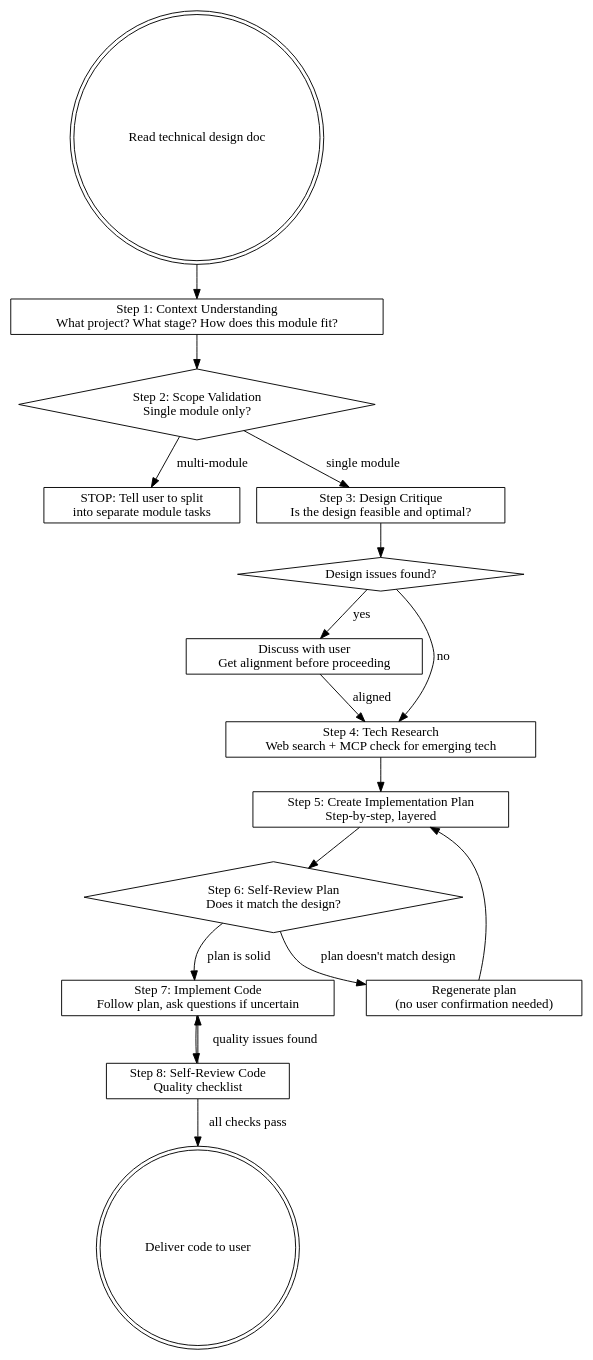
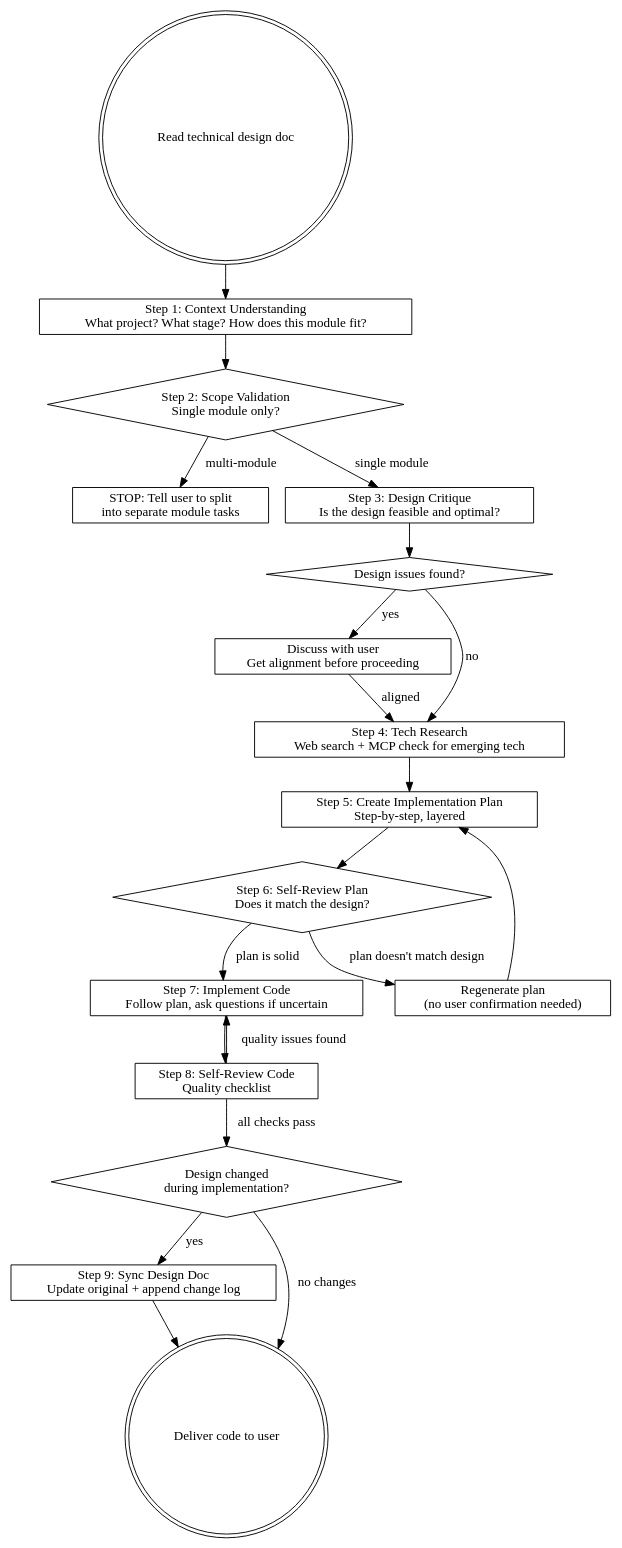
The diagram in code-implementer/SKILL.md (ithkeen/ithkeen-skills), drawn with Graphviz before and after one commit. The commit also changed other lines of this file, not shown here.

First line of the commit message:
feat: add Step 9 to code-implementer for syncing design doc after implementation

````diff
--- a/code-implementer/SKILL.md
+++ b/code-implementer/SKILL.md
@@ -41,38 +41,43 @@
 ```dot
 digraph code_implementer {
     rankdir=TB;
     node [shape=box];
 
     start [label="Read technical design doc" shape=doublecircle];
     context [label="Step 1: Context Understanding\nWhat project? What stage? How does this module fit?"];
     scope [label="Step 2: Scope Validation\nSingle module only?" shape=diamond];
     reject [label="STOP: Tell user to split\ninto separate module tasks"];
     critique [label="Step 3: Design Critique\nIs the design feasible and optimal?"];
     issue [label="Design issues found?" shape=diamond];
     discuss [label="Discuss with user\nGet alignment before proceeding"];
     research [label="Step 4: Tech Research\nWeb search + MCP check for emerging tech"];
     plan [label="Step 5: Create Implementation Plan\nStep-by-step, layered"];
     review_plan [label="Step 6: Self-Review Plan\nDoes it match the design?" shape=diamond];
     regenerate [label="Regenerate plan\n(no user confirmation needed)"];
     implement [label="Step 7: Implement Code\nFollow plan, ask questions if uncertain"];
     self_review [label="Step 8: Self-Review Code\nQuality checklist"];
+    design_changed [label="Design changed\nduring implementation?" shape=diamond];
+    sync_design [label="Step 9: Sync Design Doc\nUpdate original + append change log"];
     done [label="Deliver code to user" shape=doublecircle];
 
     start -> context;
     context -> scope;
     scope -> reject [label="multi-module"];
     scope -> critique [label="single module"];
     critique -> issue;
     issue -> discuss [label="yes"];
     issue -> research [label="no"];
     discuss -> research [label="aligned"];
     research -> plan;
     plan -> review_plan;
     review_plan -> regenerate [label="plan doesn't match design"];
     review_plan -> implement [label="plan is solid"];
     regenerate -> plan;
     implement -> self_review;
     self_review -> implement [label="quality issues found"];
-    self_review -> done [label="all checks pass"];
+    self_review -> design_changed [label="all checks pass"];
+    design_changed -> sync_design [label="yes"];
+    design_changed -> done [label="no changes"];
+    sync_design -> done;
 }
 ```
````
